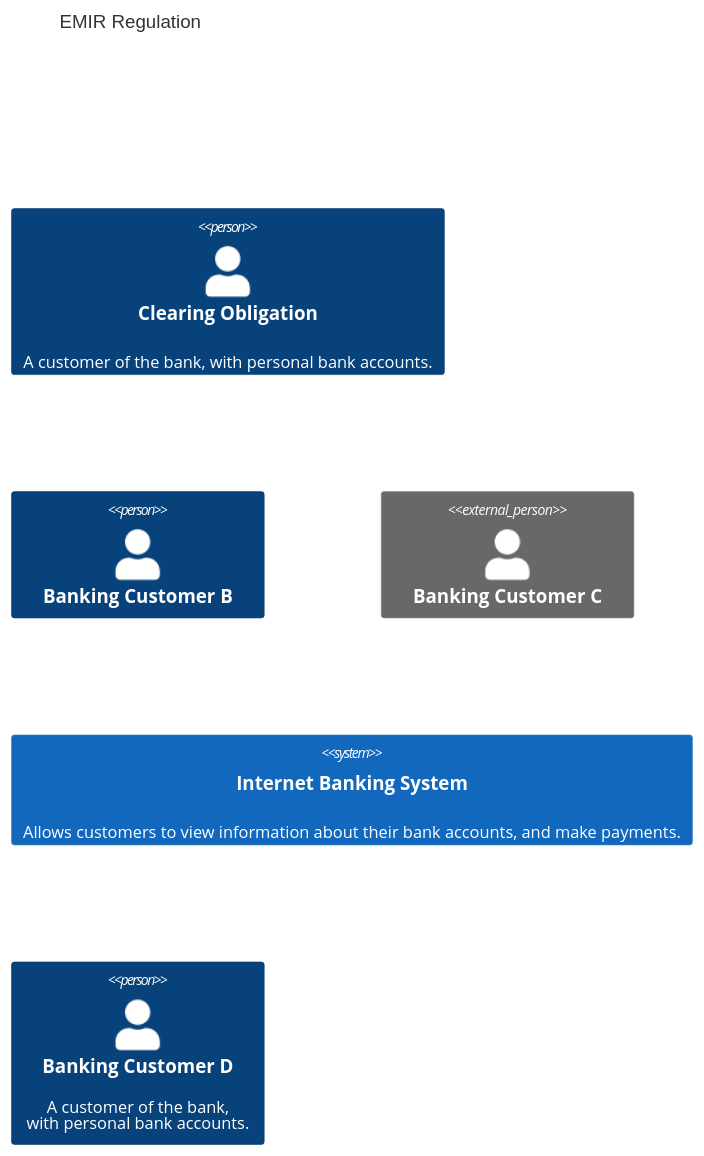
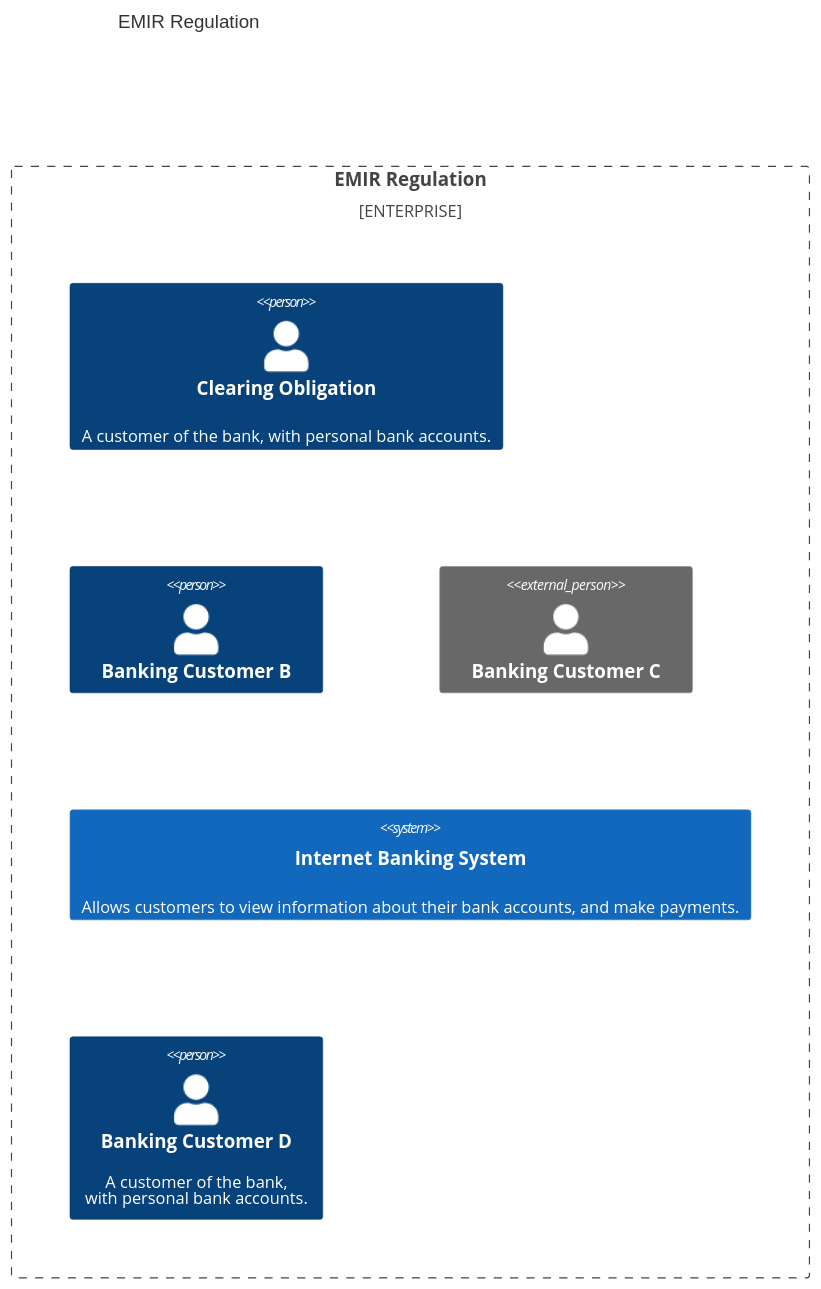
The diagram in README.md (sunnylnct007/TestSqlScripts), drawn with Mermaid before and after one commit.

````diff
--- a/README.md
+++ b/README.md
@@ -5,11 +5,14 @@
 ```mermaid
 C4Context
 title EMIR Regulation
+Enterprise_Boundary(b1, "EMIR Regulation") {
 
 Person(customerA, "Clearing Obligation", "A customer of the bank, with personal bank accounts.")
 Person(customerB, "Banking Customer B")
 Person_Ext(customerC, "Banking Customer C")
 System(SystemAA, "Internet Banking System", "Allows customers to view information about their bank accounts, and make payments.")
 
 Person(customerD, "Banking Customer D", "A customer of the bank, <br/> with personal bank accounts.")
+
+}
 ```
````
